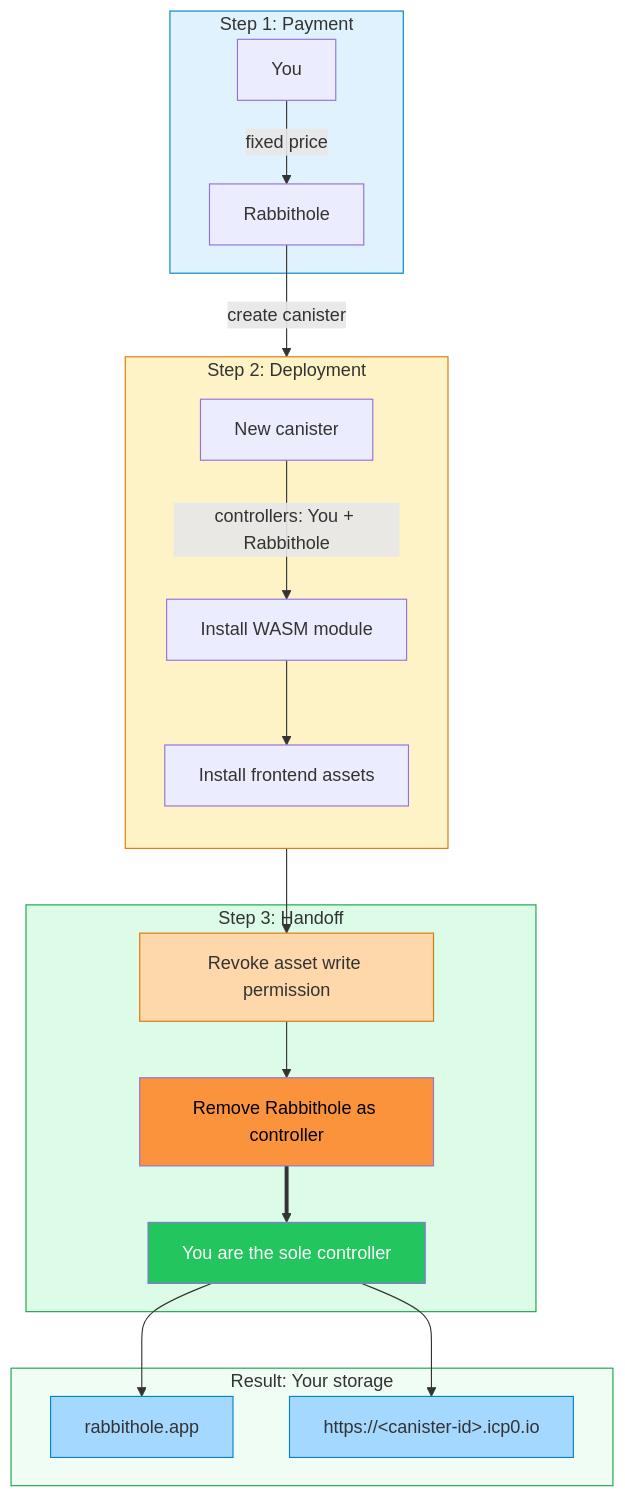
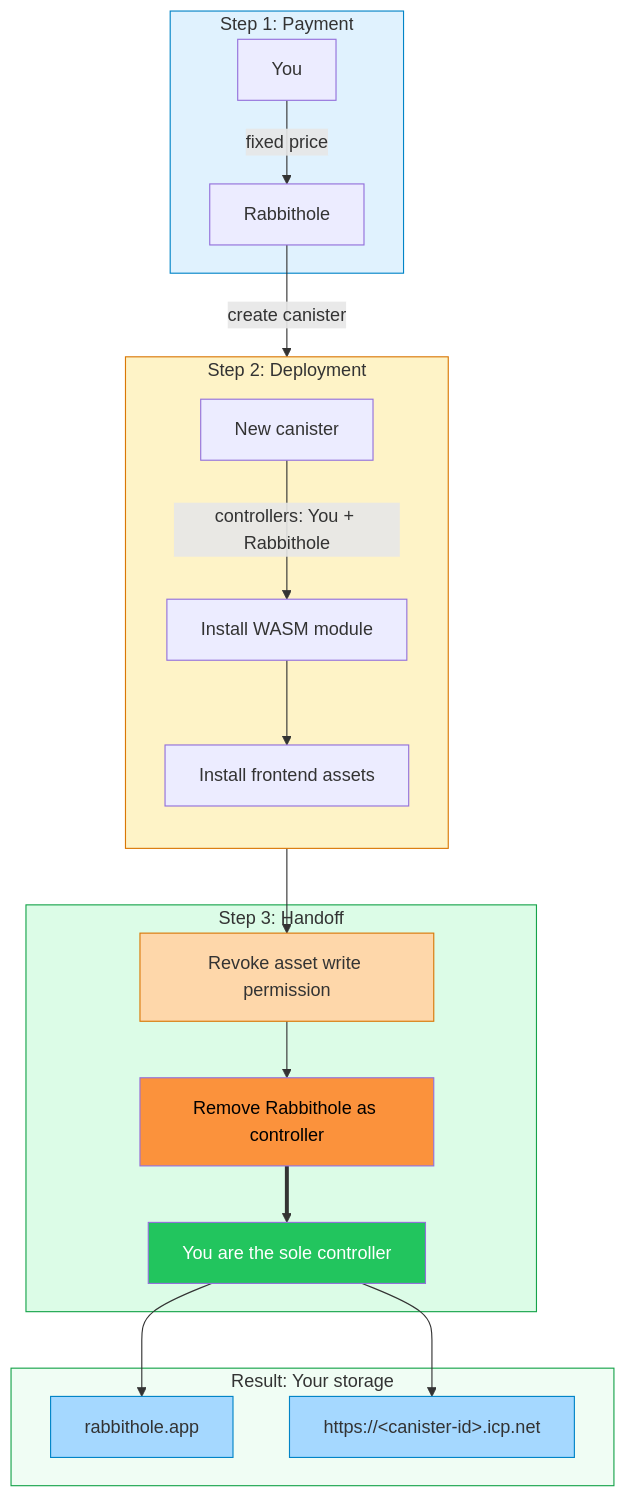
One commit to rabbithole-app/v2 changed the first of 2 diagrams in apps/docs/src/en/how-it-works/sovereignty/index.mdx. Above: the diagram before and after it, drawn with Mermaid. The commit also changed other lines of this file and 5 other files, not shown here.

````diff
--- a/apps/docs/src/en/how-it-works/sovereignty/index.mdx
+++ b/apps/docs/src/en/how-it-works/sovereignty/index.mdx
@@ -63,30 +63,30 @@
 ```mermaid
 flowchart TB
     subgraph S1["Step 1: Payment"]
         U1[You] -->|fixed price| PAY[Rabbithole]
     end
     subgraph S2["Step 2: Deployment"]
         direction TB
         PAY -->|create canister| CAN[New canister]
         CAN -->|controllers: You + Rabbithole| W[Install WASM module]
         W --> FE[Install frontend assets]
     end
     subgraph S3["Step 3: Handoff"]
         FE --> RV[Revoke asset write permission]
         RV --> RM[Remove Rabbithole as controller]
         RM ==> OWN[You are the sole controller]
     end
     subgraph S4["Result: Your storage"]
         OWN --> A1[rabbithole.app]
-        OWN --> A2["https://&lt;canister-id&gt;.icp0.io"]
+        OWN --> A2["https://&lt;canister-id&gt;.icp.net"]
     end
     style S1 fill:#e0f2fe,stroke:#0284c7
     style S2 fill:#fef3c7,stroke:#d97706
     style S3 fill:#dcfce7,stroke:#16a34a
     style S4 fill:#f0fdf4,stroke:#16a34a
     style OWN fill:#22c55e,color:#fff
     style RM fill:#fb923c,color:#000
     style RV fill:#fed7aa,stroke:#d97706
     style A1 fill:#a5d8ff,stroke:#0284c7
     style A2 fill:#a5d8ff,stroke:#0284c7
 ```
````
